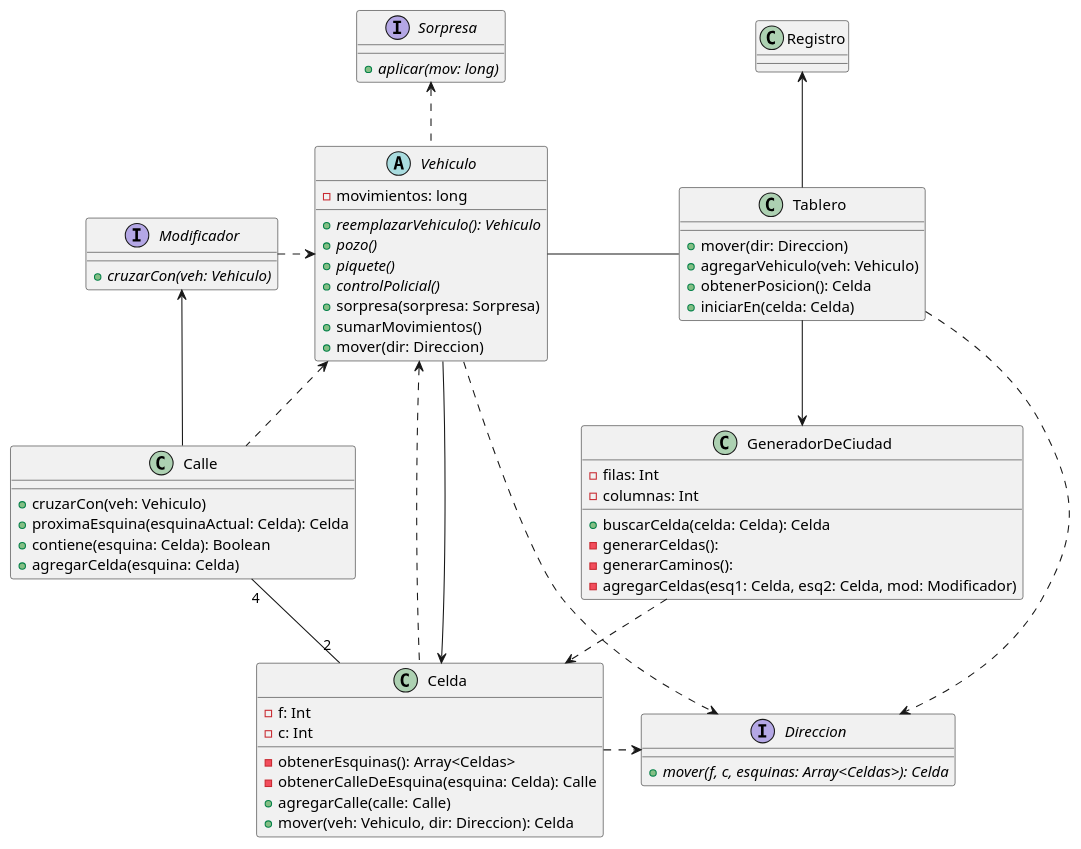
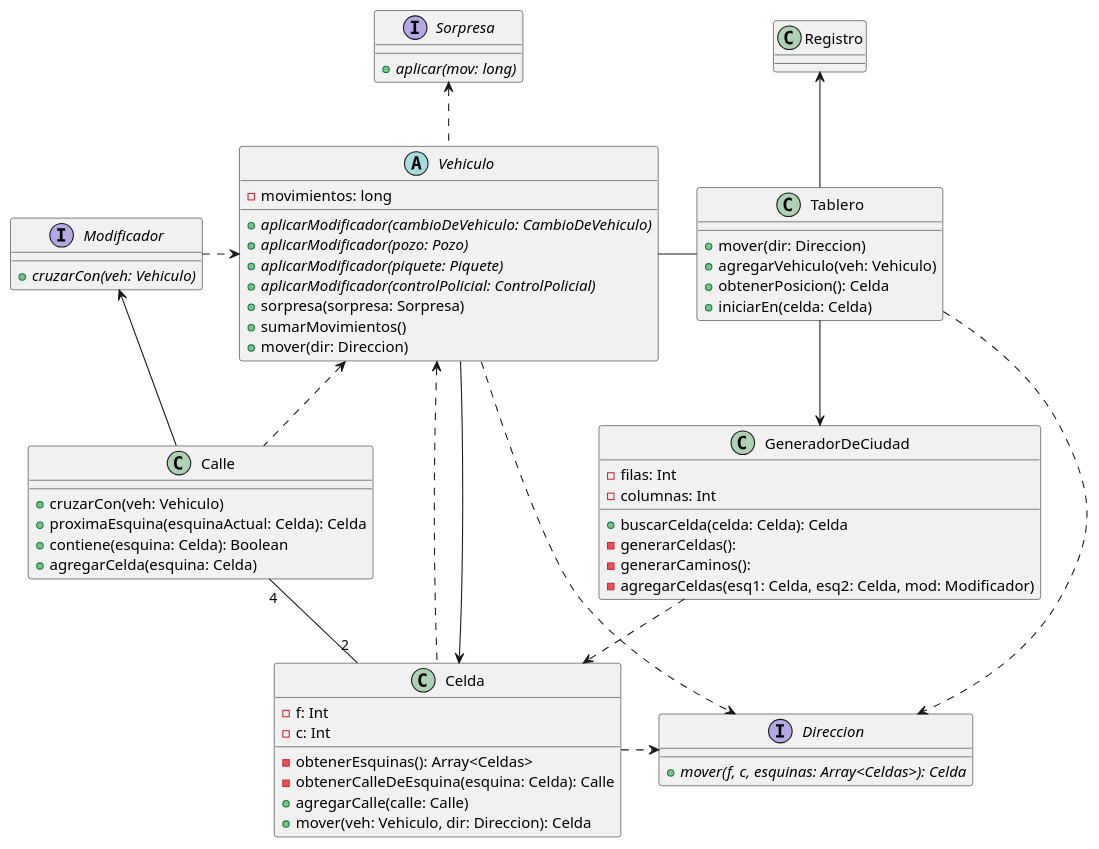
The first of 4 diagrams in diagrams/classes/modelo/modelo.plantuml (emtello/algo3_tp2_1C2022), drawn with PlantUML before and after one commit. The commit also changed other lines of this file and 6 other files, not shown here.

```diff
--- a/diagrams/classes/modelo/modelo.plantuml
+++ b/diagrams/classes/modelo/modelo.plantuml
@@ -1,79 +1,79 @@
 @startuml modelo-actual
 
 class Tablero {
     + mover(dir: Direccion)
     + agregarVehiculo(veh: Vehiculo)
     + obtenerPosicion(): Celda
     + iniciarEn(celda: Celda)
 }
 
 class Calle {
     + cruzarCon(veh: Vehiculo)
     + proximaEsquina(esquinaActual: Celda): Celda
     + contiene(esquina: Celda): Boolean
     + agregarCelda(esquina: Celda)
 }
 
 abstract Vehiculo {
     - movimientos: long
 
-    + {abstract} reemplazarVehiculo(): Vehiculo
-    + {abstract} pozo()
-    + {abstract} piquete()
-    + {abstract} controlPolicial()
+    + {abstract} aplicarModificador(cambioDeVehiculo: CambioDeVehiculo)
+    + {abstract} aplicarModificador(pozo: Pozo)
+    + {abstract} aplicarModificador(piquete: Piquete)
+    + {abstract} aplicarModificador(controlPolicial: ControlPolicial)
     + sorpresa(sorpresa: Sorpresa)
     + sumarMovimientos()
     + mover(dir: Direccion)
 }
 
 interface Sorpresa {
     + {abstract} aplicar(mov: long)
 }
 
 interface Modificador {
     + {abstract} cruzarCon(veh: Vehiculo)
 }
 
 class Celda {
     - f: Int
     - c: Int
 
     - obtenerEsquinas(): Array<Celdas>
     - obtenerCalleDeEsquina(esquina: Celda): Calle
     + agregarCalle(calle: Calle)
     + mover(veh: Vehiculo, dir: Direccion): Celda
 }
 
 class Registro {
 
 }
 
 class GeneradorDeCiudad {
     - filas: Int
     - columnas: Int
     + buscarCelda(celda: Celda): Celda
     - generarCeldas():
     - generarCaminos():
     - agregarCeldas(esq1: Celda, esq2: Celda, mod: Modificador)
 }
 
 interface Direccion {
     + {abstract} mover(f, c, esquinas: Array<Celdas>): Celda
 }
 
 Calle .up.> Vehiculo
 Celda .left.> Vehiculo
 Vehiculo ..> Direccion
 Vehiculo .up.> Sorpresa
 Tablero -left- Vehiculo
 Tablero --> GeneradorDeCiudad
 GeneradorDeCiudad .down.> Celda
 Vehiculo --> Celda
 Tablero -up-> Registro
 Calle -up-> Modificador
 Modificador .right.> Vehiculo
 Celda "2" -left- "4" Calle
 Tablero ..> Direccion
 Celda .right.> Direccion
 
 @enduml
```
